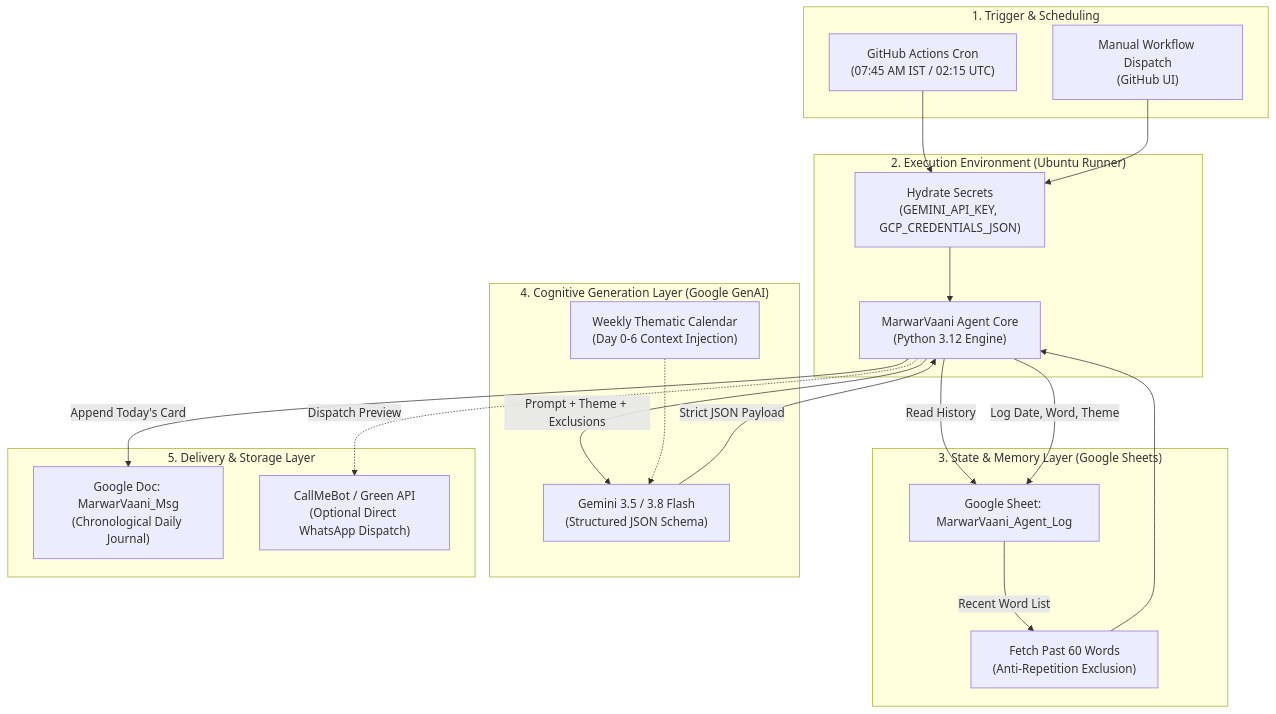
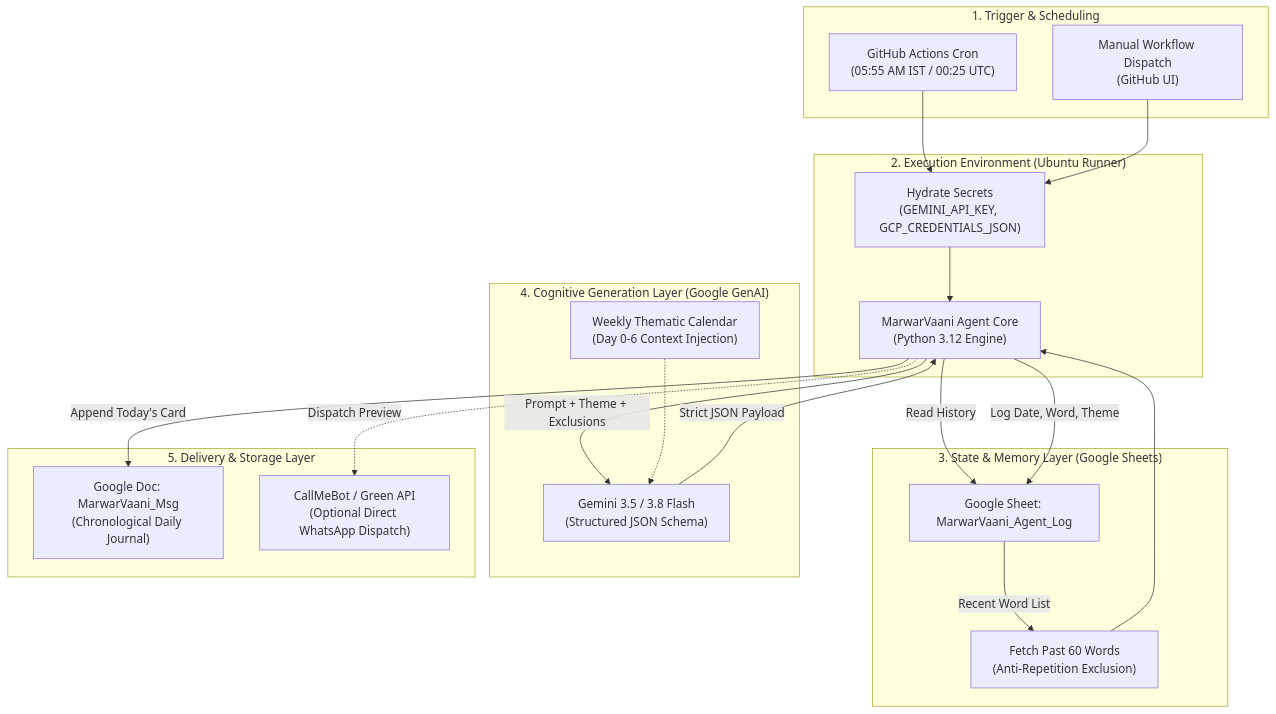
The first of 3 diagrams in ARCHITECTURE.md (piyush-laddha/MarwarVaani), drawn with Mermaid before and after one commit. The commit also changed other lines of this file and 3 other files, not shown here.

Commit message:
Update daily automated schedule to 5:55 AM IST (00:25 UTC)

````diff
--- a/ARCHITECTURE.md
+++ b/ARCHITECTURE.md
@@ -20,43 +20,43 @@
 ```mermaid
 flowchart TD
     subgraph Trigger["1. Trigger & Scheduling"]
-        Cron["GitHub Actions Cron<br/>(07:45 AM IST / 02:15 UTC)"]
+        Cron["GitHub Actions Cron<br/>(05:55 AM IST / 00:25 UTC)"]
         Manual["Manual Workflow Dispatch<br/>(GitHub UI)"]
     end
 
     subgraph Runner["2. Execution Environment (Ubuntu Runner)"]
         EnvHydrate["Hydrate Secrets<br/>(GEMINI_API_KEY, GCP_CREDENTIALS_JSON)"]
         AgentCore["MarwarVaani Agent Core<br/>(Python 3.12 Engine)"]
     end
 
     subgraph StateStore["3. State & Memory Layer (Google Sheets)"]
         GSheets["Google Sheet: MarwarVaani_Agent_Log"]
         Dedupe["Fetch Past 60 Words<br/>(Anti-Repetition Exclusion)"]
     end
 
     subgraph AIEngine["4. Cognitive Generation Layer (Google GenAI)"]
         GeminiFlash["Gemini 3.5 / 3.8 Flash<br/>(Structured JSON Schema)"]
         ThematicCalendar["Weekly Thematic Calendar<br/>(Day 0-6 Context Injection)"]
     end
 
     subgraph Publishing["5. Delivery & Storage Layer"]
         GDoc["Google Doc: MarwarVaani_Msg<br/>(Chronological Daily Journal)"]
         WhatsApp["CallMeBot / Green API<br/>(Optional Direct WhatsApp Dispatch)"]
     end
 
     Cron --> EnvHydrate
     Manual --> EnvHydrate
     EnvHydrate --> AgentCore
 
     AgentCore -->|Read History| GSheets
     GSheets -->|Recent Word List| Dedupe
     Dedupe --> AgentCore
 
     AgentCore -->|Prompt + Theme + Exclusions| GeminiFlash
     ThematicCalendar -.-> GeminiFlash
     GeminiFlash -->|Strict JSON Payload| AgentCore
 
     AgentCore -->|Append Today's Card| GDoc
     AgentCore -->|Log Date, Word, Theme| GSheets
     AgentCore -.->|Dispatch Preview| WhatsApp
 ```
````
